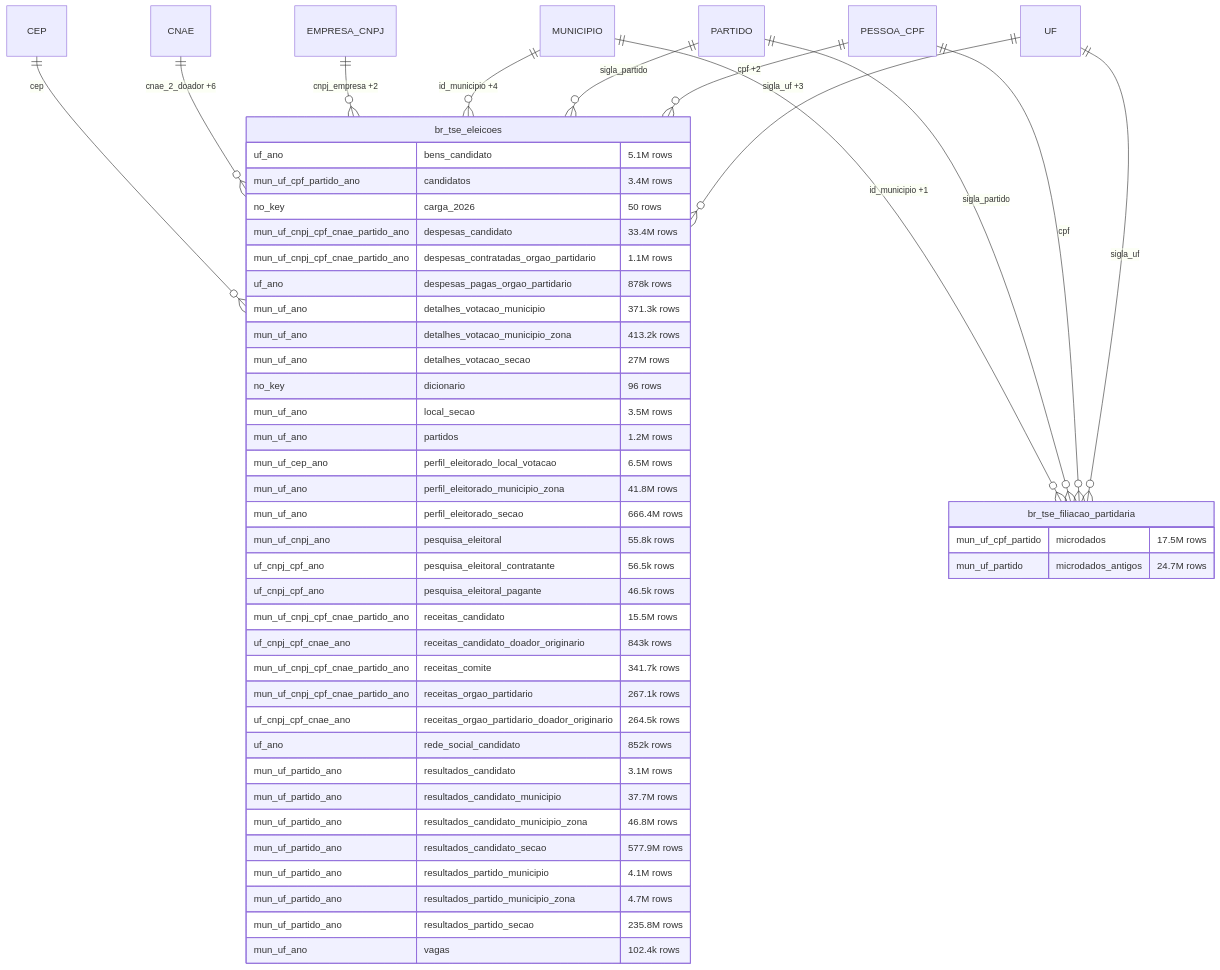
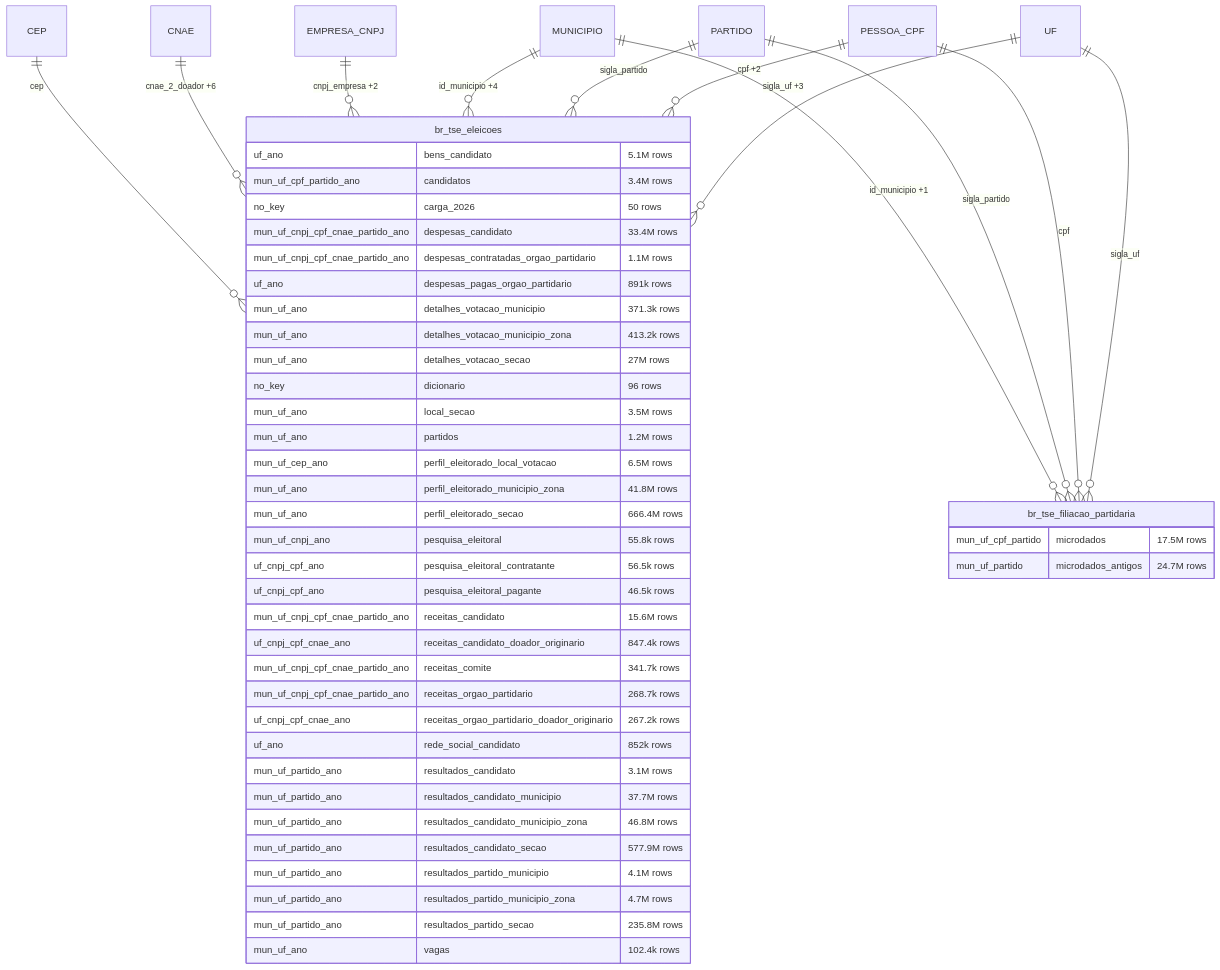
Before and after one commit to rafapolo/rodado: diagram 20 of 37 in docs/mapa/ERD_EN.md, drawn with Mermaid. The commit also changed other lines of this file and 64 other files, not shown here.

````diff
--- a/docs/mapa/ERD_EN.md
+++ b/docs/mapa/ERD_EN.md
@@ -1885,52 +1885,52 @@
 ```mermaid
 erDiagram
     CEP ||--o{ br_tse_eleicoes : "cep"
     CNAE ||--o{ br_tse_eleicoes : "cnae_2_doador +6"
     EMPRESA_CNPJ ||--o{ br_tse_eleicoes : "cnpj_empresa +2"
     MUNICIPIO ||--o{ br_tse_eleicoes : "id_municipio +4"
     PARTIDO ||--o{ br_tse_eleicoes : "sigla_partido"
     PESSOA_CPF ||--o{ br_tse_eleicoes : "cpf +2"
     UF ||--o{ br_tse_eleicoes : "sigla_uf +3"
     MUNICIPIO ||--o{ br_tse_filiacao_partidaria : "id_municipio +1"
     PARTIDO ||--o{ br_tse_filiacao_partidaria : "sigla_partido"
     PESSOA_CPF ||--o{ br_tse_filiacao_partidaria : "cpf"
     UF ||--o{ br_tse_filiacao_partidaria : "sigla_uf"
     br_tse_eleicoes {
         uf_ano bens_candidato "5.1M rows"
         mun_uf_cpf_partido_ano candidatos "3.4M rows"
         no_key carga_2026 "50 rows"
         mun_uf_cnpj_cpf_cnae_partido_ano despesas_candidato "33.4M rows"
         mun_uf_cnpj_cpf_cnae_partido_ano despesas_contratadas_orgao_partidario "1.1M rows"
-        uf_ano despesas_pagas_orgao_partidario "878k rows"
+        uf_ano despesas_pagas_orgao_partidario "891k rows"
         mun_uf_ano detalhes_votacao_municipio "371.3k rows"
         mun_uf_ano detalhes_votacao_municipio_zona "413.2k rows"
         mun_uf_ano detalhes_votacao_secao "27M rows"
         no_key dicionario "96 rows"
         mun_uf_ano local_secao "3.5M rows"
         mun_uf_ano partidos "1.2M rows"
         mun_uf_cep_ano perfil_eleitorado_local_votacao "6.5M rows"
         mun_uf_ano perfil_eleitorado_municipio_zona "41.8M rows"
         mun_uf_ano perfil_eleitorado_secao "666.4M rows"
         mun_uf_cnpj_ano pesquisa_eleitoral "55.8k rows"
         uf_cnpj_cpf_ano pesquisa_eleitoral_contratante "56.5k rows"
         uf_cnpj_cpf_ano pesquisa_eleitoral_pagante "46.5k rows"
-        mun_uf_cnpj_cpf_cnae_partido_ano receitas_candidato "15.5M rows"
-        uf_cnpj_cpf_cnae_ano receitas_candidato_doador_originario "843k rows"
+        mun_uf_cnpj_cpf_cnae_partido_ano receitas_candidato "15.6M rows"
+        uf_cnpj_cpf_cnae_ano receitas_candidato_doador_originario "847.4k rows"
         mun_uf_cnpj_cpf_cnae_partido_ano receitas_comite "341.7k rows"
-        mun_uf_cnpj_cpf_cnae_partido_ano receitas_orgao_partidario "267.1k rows"
-        uf_cnpj_cpf_cnae_ano receitas_orgao_partidario_doador_originario "264.5k rows"
+        mun_uf_cnpj_cpf_cnae_partido_ano receitas_orgao_partidario "268.7k rows"
+        uf_cnpj_cpf_cnae_ano receitas_orgao_partidario_doador_originario "267.2k rows"
         uf_ano rede_social_candidato "852k rows"
         mun_uf_partido_ano resultados_candidato "3.1M rows"
         mun_uf_partido_ano resultados_candidato_municipio "37.7M rows"
         mun_uf_partido_ano resultados_candidato_municipio_zona "46.8M rows"
         mun_uf_partido_ano resultados_candidato_secao "577.9M rows"
         mun_uf_partido_ano resultados_partido_municipio "4.1M rows"
         mun_uf_partido_ano resultados_partido_municipio_zona "4.7M rows"
         mun_uf_partido_ano resultados_partido_secao "235.8M rows"
         mun_uf_ano vagas "102.4k rows"
     }
     br_tse_filiacao_partidaria {
         mun_uf_cpf_partido microdados "17.5M rows"
         mun_uf_partido microdados_antigos "24.7M rows"
     }
 ```
````
